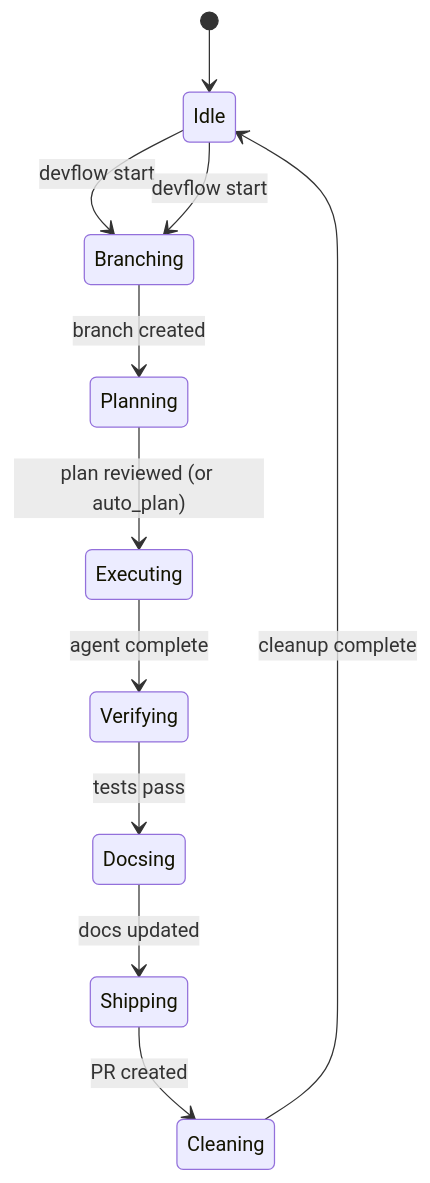
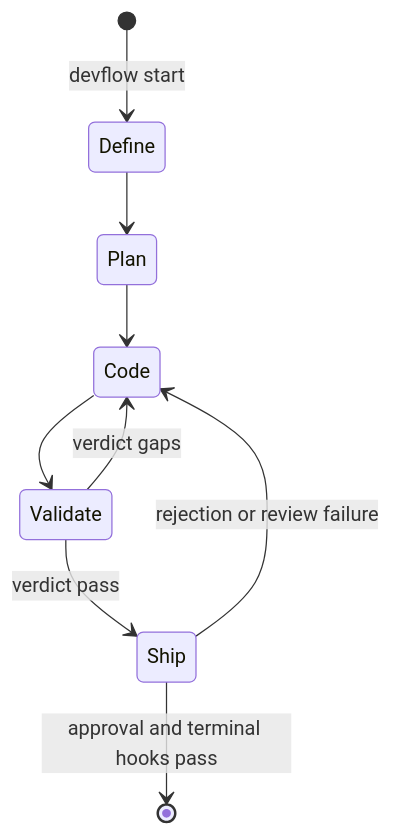
The diagram in docs/architecture/state-machine.md (denniyahh/devflow), drawn with Mermaid before and after one commit. The commit also changed other lines of this file and 29 other files, not shown here.

````diff
--- a/docs/architecture/state-machine.md
+++ b/docs/architecture/state-machine.md
@@ -7,13 +5,11 @@
 ```mermaid
 stateDiagram-v2
-    [*] --> Idle
-    Idle --> Branching: devflow start
-    Branching --> Planning: branch created
-    Planning --> Executing: plan reviewed (or auto_plan)
-    Executing --> Verifying: agent complete
-    Verifying --> Docsing: tests pass
-    Docsing --> Shipping: docs updated
-    Shipping --> Cleaning: PR created
-    Cleaning --> Idle: cleanup complete
-    Idle --> Branching: devflow start
+    [*] --> Define: devflow start
+    Define --> Plan
+    Plan --> Code
+    Code --> Validate
+    Validate --> Ship: verdict pass
+    Validate --> Code: verdict gaps
+    Ship --> [*]: approval and terminal hooks pass
+    Ship --> Code: rejection or review failure
 ```
````
